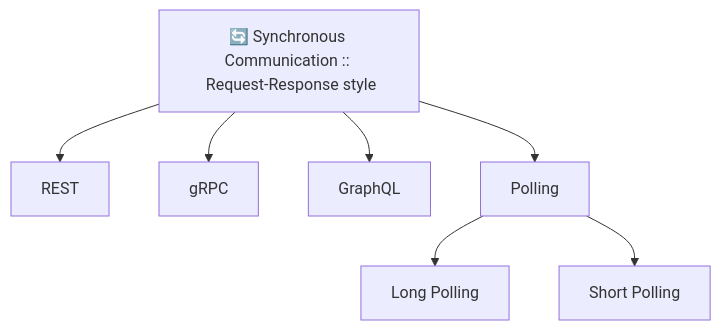
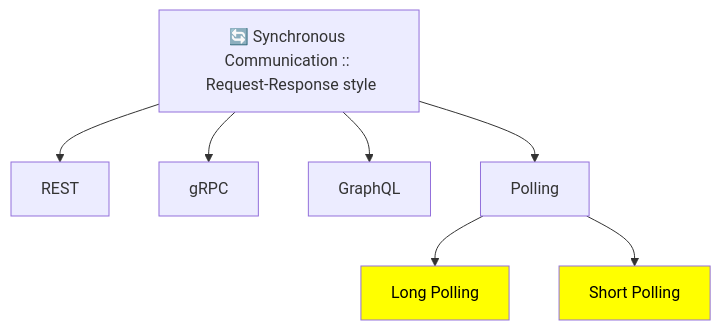
The first of 5 diagrams in docs/2022-2025/SE_02_system-design/SD_01_Foundation/05_IPC/00_IPC.md (lekhrajdinkar/solution-engineer), drawn with Mermaid before and after one commit. The commit also changed other lines of this file and 1 other file, not shown here.

````diff
--- a/docs/2022-2025/SE_02_system-design/SD_01_Foundation/05_IPC/00_IPC.md
+++ b/docs/2022-2025/SE_02_system-design/SD_01_Foundation/05_IPC/00_IPC.md
@@ -46,12 +78,13 @@
 ```mermaid
 flowchart TD
 %% Main Synchronous Root
     SYNC["🔄 Synchronous Communication :: \n Request-Response style"] --> HTTP["REST"]
     SYNC --> RPC["gRPC "]
     SYNC -->GQL["GraphQL"]
-
     SYNC --> POLL[Polling]
     POLL --> POLLL[Long Polling]
     POLL --> POLLS[Short Polling]
+    style POLLL fill:yellow,color:black
+    style POLLS fill:yellow,color:black
 
 ```
````
